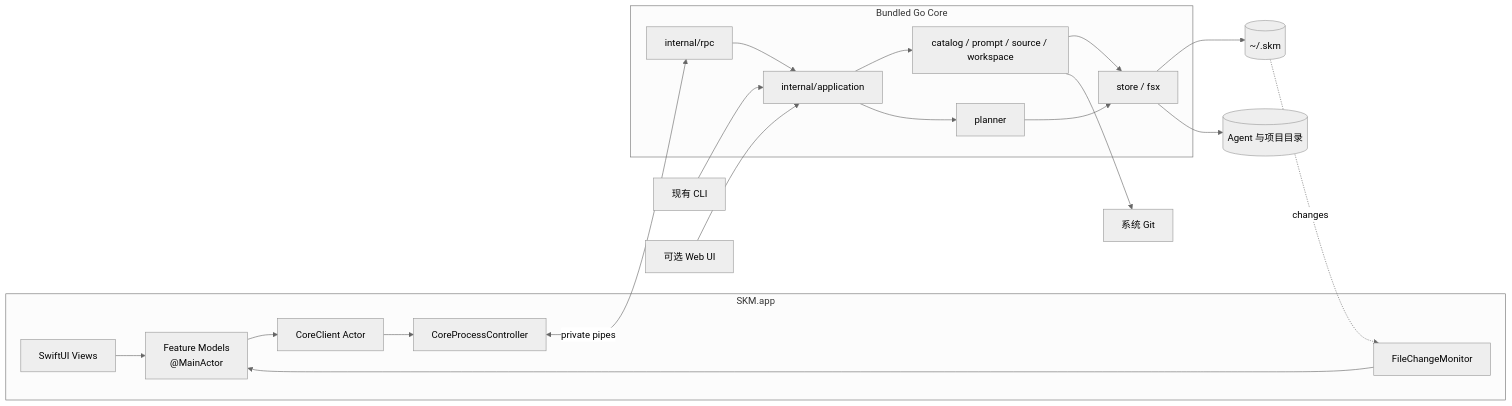
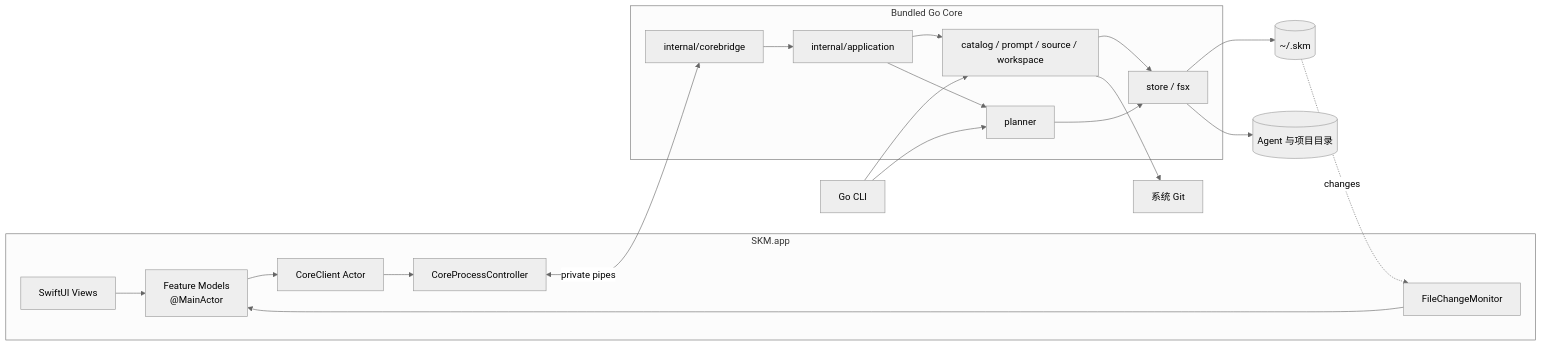
One commit to zzzzzyijie/skm changed the diagram in docs/Mac原生版技术设计.md. Above: the diagram before and after it, drawn with Mermaid (neutral theme). The commit also changed other lines of this file and 50 other files, not shown here.

````diff
--- a/docs/Mac原生版技术设计.md
+++ b/docs/Mac原生版技术设计.md
@@ -78,34 +79,34 @@
 ```mermaid
 flowchart LR
     subgraph macOS[SKM.app]
         View[SwiftUI Views]
         VM[Feature Models\n@MainActor]
         Client[CoreClient Actor]
         Process[CoreProcessController]
         Watcher[FileChangeMonitor]
     end
 
     subgraph Go[Bundled Go Core]
-        RPC[internal/rpc]
+        RPC[internal/corebridge]
         UseCase[internal/application]
         Catalog[catalog / prompt / source / workspace]
         Planner[planner]
         Store[store / fsx]
     end
 
     View --> VM --> Client --> Process
     Process <-->|private pipes| RPC
     RPC --> UseCase
     UseCase --> Catalog
     UseCase --> Planner
     Catalog --> Store
     Planner --> Store
     Store --> State[(~/.skm)]
     Store --> Targets[(Agent 与项目目录)]
     Catalog --> Git[系统 Git]
     Watcher --> VM
     State -. changes .-> Watcher
 
-    CLI[现有 CLI] --> UseCase
-    Web[可选 Web UI] --> UseCase
+    CLI[Go CLI] --> Catalog
+    CLI --> Planner
 ```
````
